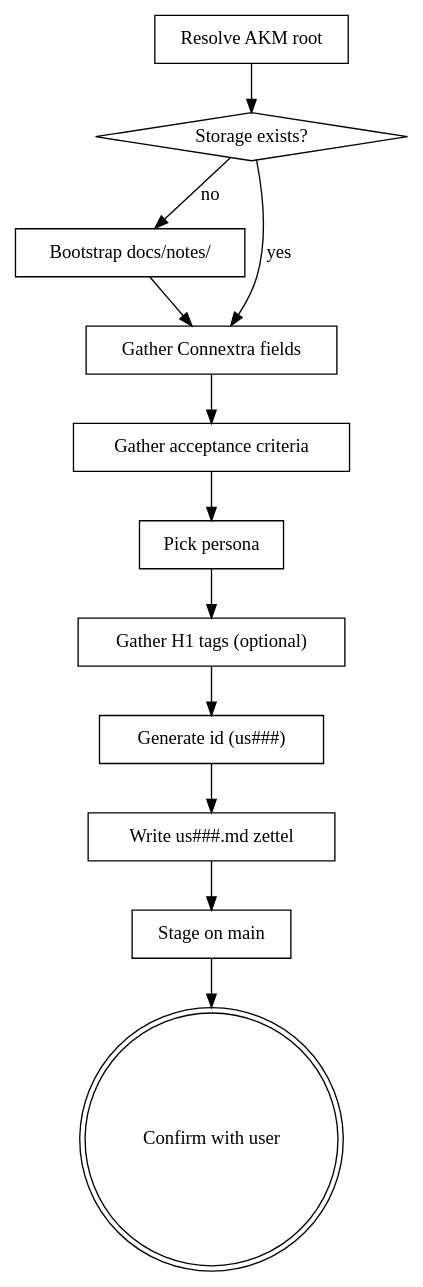
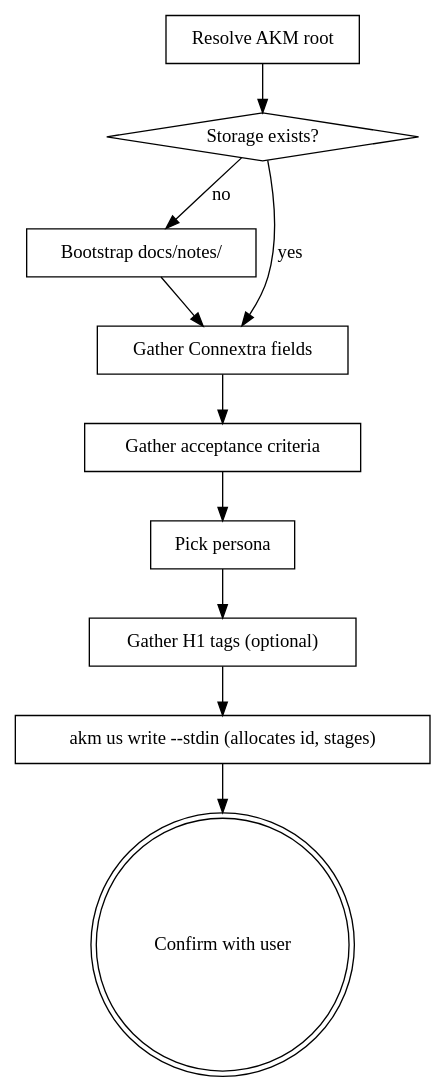
Before and after one commit to b3tchi/dotfiles: the diagram in claude/marketplace/plugins/infinifu/skills/story-write/SKILL.md, drawn with Graphviz. The commit also changed other lines of this file and 6 other files, not shown here.

First line of the commit message:
feat(akm): us read|list|write — sp004 type 5/6 (us)

````diff
--- a/claude/marketplace/plugins/infinifu/skills/story-write/SKILL.md
+++ b/claude/marketplace/plugins/infinifu/skills/story-write/SKILL.md
@@ -18,27 +18,23 @@
 ```dot
 digraph story_create {
     "Resolve AKM root" [shape=box];
     "Storage exists?" [shape=diamond];
     "Bootstrap docs/notes/" [shape=box];
     "Gather Connextra fields" [shape=box];
     "Gather acceptance criteria" [shape=box];
     "Pick persona" [shape=box];
     "Gather H1 tags (optional)" [shape=box];
-    "Generate id (us###)" [shape=box];
-    "Write us###.md zettel" [shape=box];
-    "Stage on main" [shape=box];
+    "akm us write --stdin (allocates id, stages)" [shape=box];
     "Confirm with user" [shape=doublecircle];
 
     "Resolve AKM root" -> "Storage exists?";
     "Storage exists?" -> "Bootstrap docs/notes/" [label="no"];
     "Storage exists?" -> "Gather Connextra fields" [label="yes"];
     "Bootstrap docs/notes/" -> "Gather Connextra fields";
     "Gather Connextra fields" -> "Gather acceptance criteria";
     "Gather acceptance criteria" -> "Pick persona";
     "Pick persona" -> "Gather H1 tags (optional)";
-    "Gather H1 tags (optional)" -> "Generate id (us###)";
-    "Generate id (us###)" -> "Write us###.md zettel";
-    "Write us###.md zettel" -> "Stage on main";
-    "Stage on main" -> "Confirm with user";
+    "Gather H1 tags (optional)" -> "akm us write --stdin (allocates id, stages)";
+    "akm us write --stdin (allocates id, stages)" -> "Confirm with user";
 }
 ```
````
